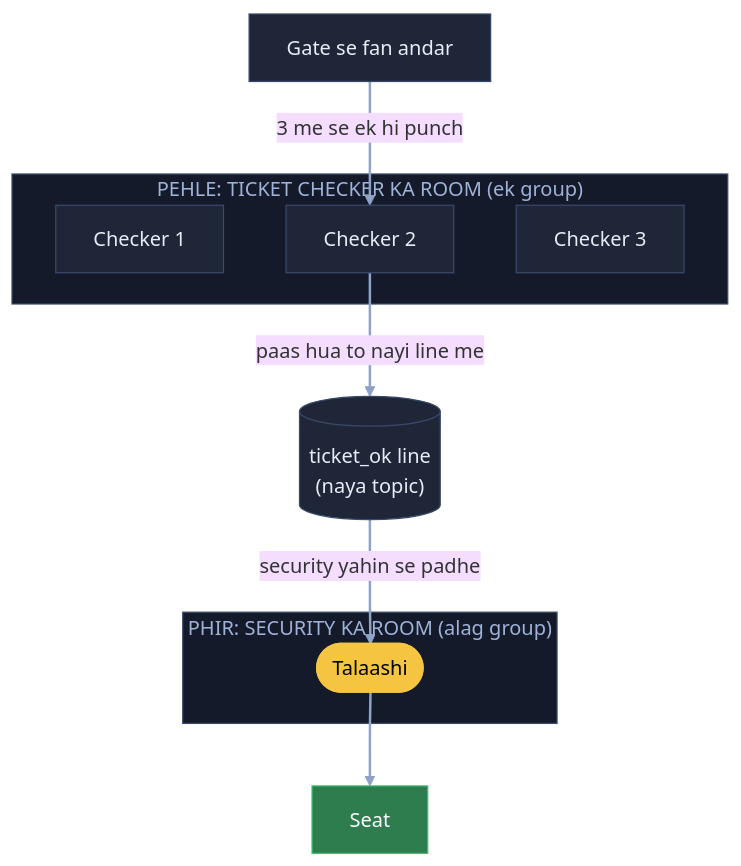
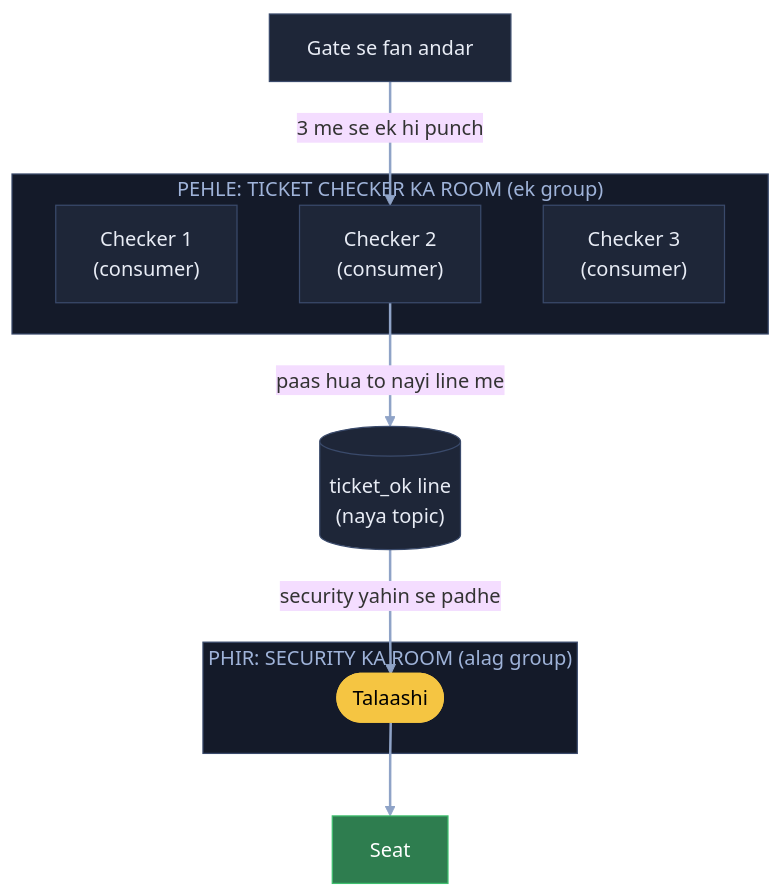
The fourth of 11 diagrams in 04_HLD/SYSTEM_DESIGNS/12_message_queue_kafka/12_message_queue_kafka.md (ArpanMaheshwari144/Prep), drawn with Mermaid (base theme) before and after one commit. The commit also changed other lines of this file and 22 other files, not shown here.

Commit message:
Diagram: sirf kahani ke dohraaye shabd pe bracket, us jagah notes wala matlab (207 label)

````diff
--- a/04_HLD/SYSTEM_DESIGNS/12_message_queue_kafka/12_message_queue_kafka.md
+++ b/04_HLD/SYSTEM_DESIGNS/12_message_queue_kafka/12_message_queue_kafka.md
@@ -191,25 +191,25 @@
 ```mermaid
 flowchart TB
     G["Gate se fan andar"]:::card
     subgraph CK["PEHLE: TICKET CHECKER KA ROOM (ek group)"]
-        C1["Checker 1"]:::card
-        C2["Checker 2"]:::card
-        C3["Checker 3"]:::card
+        C1["Checker 1<br/>(consumer)"]:::card
+        C2["Checker 2<br/>(consumer)"]:::card
+        C3["Checker 3<br/>(consumer)"]:::card
     end
     subgraph SK["PHIR: SECURITY KA ROOM (alag group)"]
         S1(["Talaashi"]):::pill
     end
     OK["Seat"]:::good
     T[("ticket_ok line<br/>(naya topic)")]:::card
     G -- "3 me se ek hi punch" --> C2
     C2 -- "paas hua to nayi line me" --> T
     T -- "security yahin se padhe" --> S1
     S1 --> OK
     linkStyle default stroke:#8fa3c7,stroke-width:2px
     classDef card fill:#1e2638,stroke:#3a4a6b,color:#e8ecf5
     classDef pill fill:#f5c542,stroke:#f5c542,color:#000
     classDef good fill:#2e7d4f,stroke:#3fbf6f,color:#fff
     classDef bad fill:#5c1f24,stroke:#e05561,color:#fff
     style CK fill:#141a29,stroke:#3a4a6b,color:#9fb3d9
     style SK fill:#141a29,stroke:#3a4a6b,color:#9fb3d9
 ```
````
